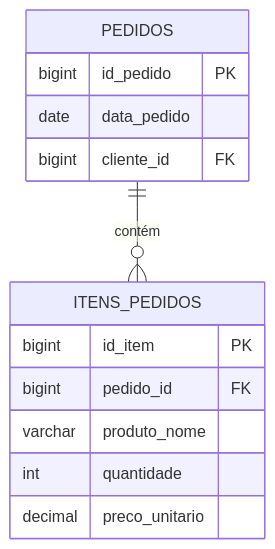
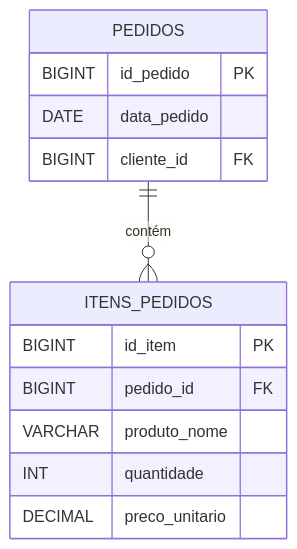
Before and after one commit to DSM-Fatec-Jahu/BDR-DSM-2026-2: the third of 9 diagrams in docs/aulas/Aula_02_Normalizacao.md, drawn with Mermaid. The commit also changed other lines of this file and 2 other files, not shown here.

First line of the commit message:
Padroniza tipos SQL em MAIÚSCULAS nos diagramas (Regra 3)

````diff
--- a/docs/aulas/Aula_02_Normalizacao.md
+++ b/docs/aulas/Aula_02_Normalizacao.md
@@ -216,18 +216,18 @@
 ```mermaid
 erDiagram
     PEDIDOS {
-        bigint id_pedido PK
-        date data_pedido
-        bigint cliente_id FK
+        BIGINT id_pedido PK
+        DATE data_pedido
+        BIGINT cliente_id FK
     }
 
     ITENS_PEDIDOS {
-        bigint id_item PK
-        bigint pedido_id FK
-        varchar produto_nome
-        int quantidade
-        decimal preco_unitario
+        BIGINT id_item PK
+        BIGINT pedido_id FK
+        VARCHAR produto_nome
+        INT quantidade
+        DECIMAL preco_unitario
     }
 
     PEDIDOS ||--o{ ITENS_PEDIDOS : "contém"
 ```
````
